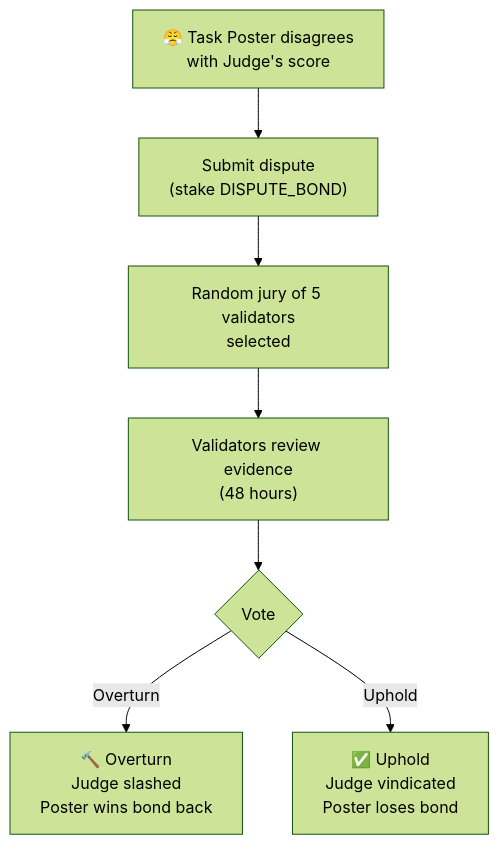
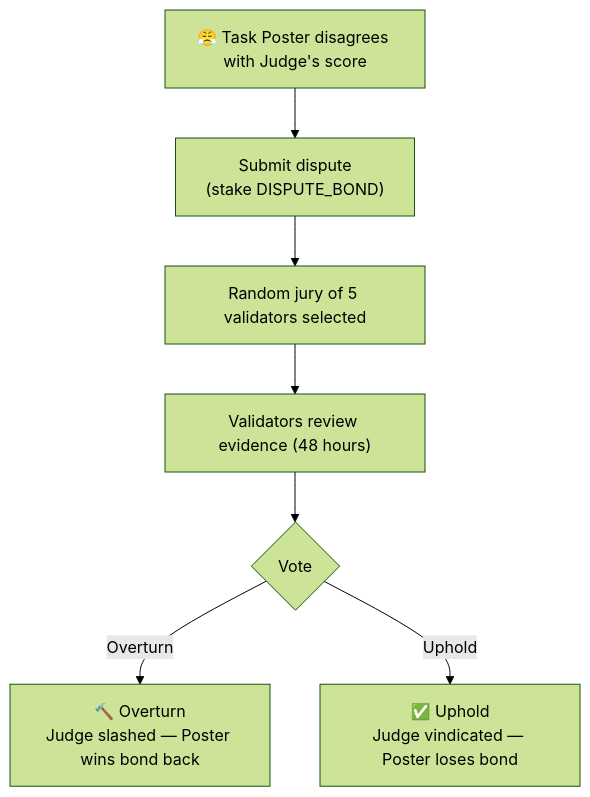
The second of 2 diagrams in STAKING.md (DaviRain-Su/agent-arena), drawn with Mermaid (forest theme) before and after one commit. The commit also changed other lines of this file and 5 other files, not shown here.

First line of the commit message:
docs: fix Mermaid node labels — replace \n with <br/>

````diff
--- a/STAKING.md
+++ b/STAKING.md
@@ -222,14 +222,14 @@
 ```mermaid
 flowchart TD
-    A["😤 Task Poster disagrees\nwith Judge's score"]
-    B["Submit dispute\n(stake DISPUTE_BOND)"]
-    C["Random jury of 5 validators\nselected"]
-    D["Validators review evidence\n(48 hours)"]
+    A["😤 Task Poster disagrees with Judge's score"]
+    B["Submit dispute<br/>(stake DISPUTE_BOND)"]
+    C["Random jury of 5 validators selected"]
+    D["Validators review evidence (48 hours)"]
     E{Vote}
-    F["🔨 Overturn\nJudge slashed\nPoster wins bond back"]
-    G["✅ Uphold\nJudge vindicated\nPoster loses bond"]
+    F["🔨 Overturn<br/>Judge slashed — Poster wins bond back"]
+    G["✅ Uphold<br/>Judge vindicated — Poster loses bond"]
 
     A --> B --> C --> D --> E
     E -->|"Overturn"| F
     E -->|"Uphold"| G
 ```
````
